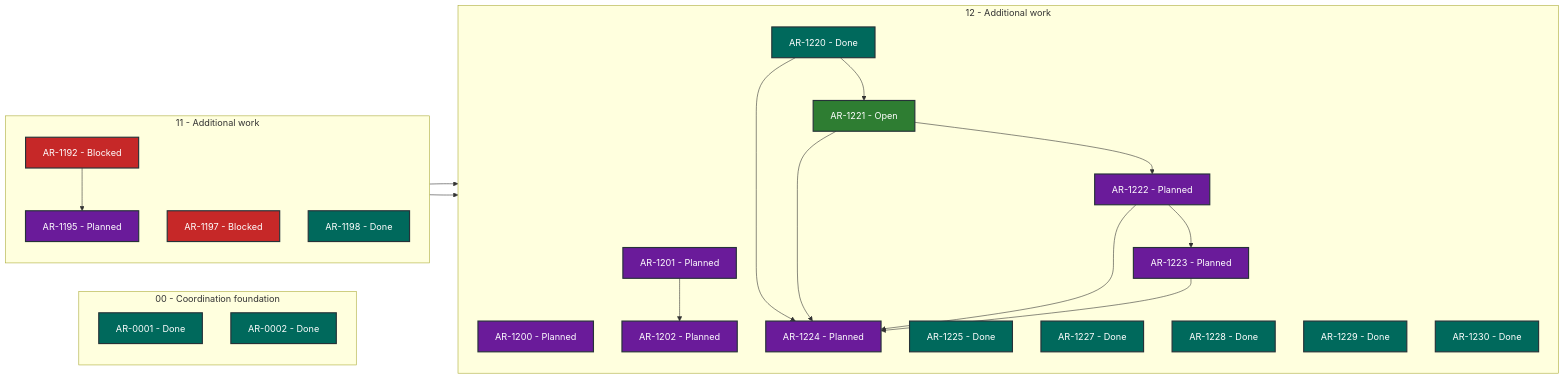
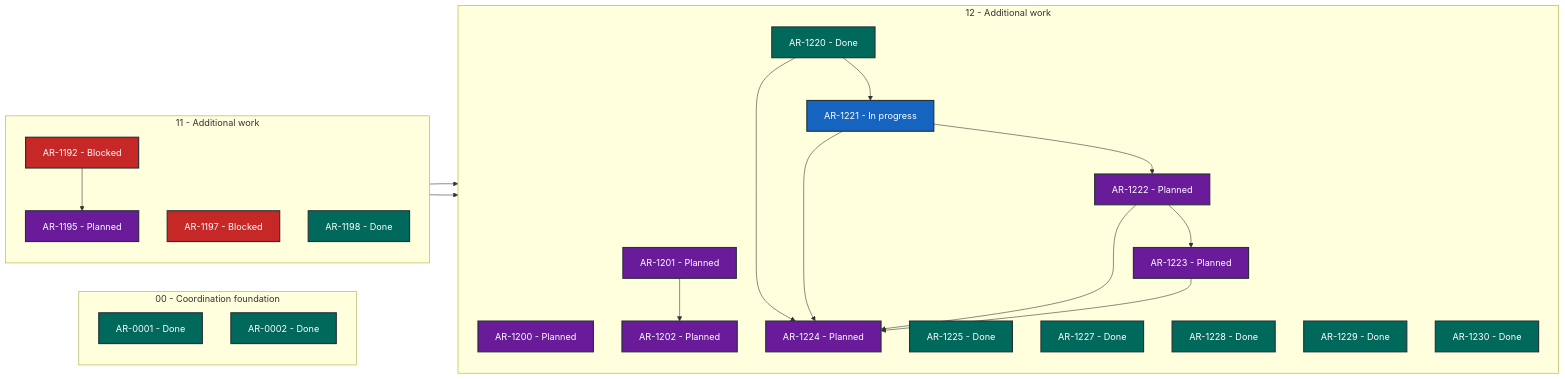
One commit to martin-beck/asb-tui-state changed the diagram in STATUS.md. Above: the diagram before and after it, drawn with Mermaid. The commit also changed other lines of this file and 2 other files, not shown here.

````diff
--- a/STATUS.md
+++ b/STATUS.md
@@ -27,50 +27,50 @@
 ```mermaid
 flowchart LR
     subgraph series_00["00 - Coordination foundation"]
         direction TB
         AR_0001["AR-0001 - Done"]:::status_done
         AR_0002["AR-0002 - Done"]:::status_done
     end
     subgraph series_11["11 - Additional work"]
         direction TB
         AR_1192["AR-1192 - Blocked"]:::status_blocked
         AR_1195["AR-1195 - Planned"]:::status_planned
         AR_1197["AR-1197 - Blocked"]:::status_blocked
         AR_1198["AR-1198 - Done"]:::status_done
     end
     subgraph series_12["12 - Additional work"]
         direction TB
         AR_1200["AR-1200 - Planned"]:::status_planned
         AR_1201["AR-1201 - Planned"]:::status_planned
         AR_1202["AR-1202 - Planned"]:::status_planned
         AR_1220["AR-1220 - Done"]:::status_done
-        AR_1221["AR-1221 - Open"]:::status_open
+        AR_1221["AR-1221 - In progress"]:::status_in_progress
         AR_1222["AR-1222 - Planned"]:::status_planned
         AR_1223["AR-1223 - Planned"]:::status_planned
         AR_1224["AR-1224 - Planned"]:::status_planned
         AR_1225["AR-1225 - Done"]:::status_done
         AR_1227["AR-1227 - Done"]:::status_done
         AR_1228["AR-1228 - Done"]:::status_done
         AR_1229["AR-1229 - Done"]:::status_done
         AR_1230["AR-1230 - Done"]:::status_done
     end
     AR_1192 --> AR_1195
     AR_1195 --> AR_1200
     AR_1197 --> AR_1201
     AR_1201 --> AR_1202
     AR_1220 --> AR_1221
     AR_1220 --> AR_1224
     AR_1221 --> AR_1222
     AR_1221 --> AR_1224
     AR_1222 --> AR_1223
     AR_1222 --> AR_1224
     AR_1223 --> AR_1224
     classDef status_in_progress fill:#1565c0,color:#ffffff,stroke:#263238,stroke-width:2px
     classDef status_open fill:#2e7d32,color:#ffffff,stroke:#263238,stroke-width:2px
     classDef status_blocked fill:#c62828,color:#ffffff,stroke:#263238,stroke-width:2px
     classDef status_planned fill:#6a1b9a,color:#ffffff,stroke:#263238,stroke-width:2px
     classDef status_future fill:#455a64,color:#ffffff,stroke:#263238,stroke-width:2px
     classDef status_done fill:#00695c,color:#ffffff,stroke:#263238,stroke-width:2px
     classDef status_cancelled fill:#616161,color:#ffffff,stroke:#263238,stroke-width:2px
     classDef status_superseded fill:#5d4037,color:#ffffff,stroke:#263238,stroke-width:2px
 ```
````
